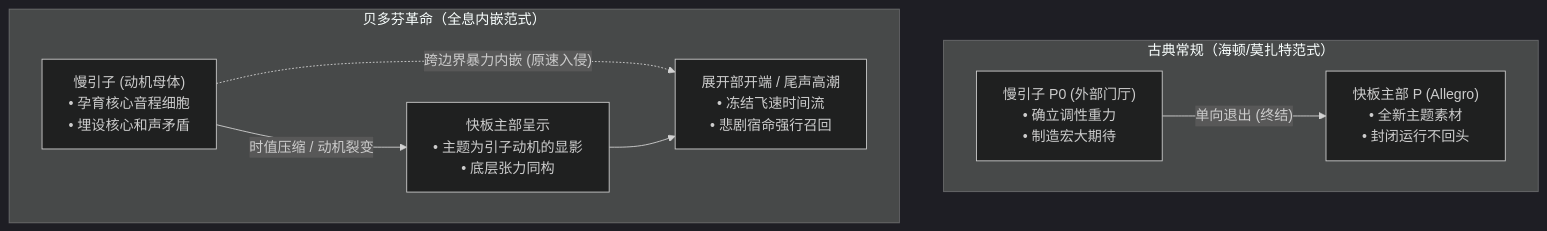
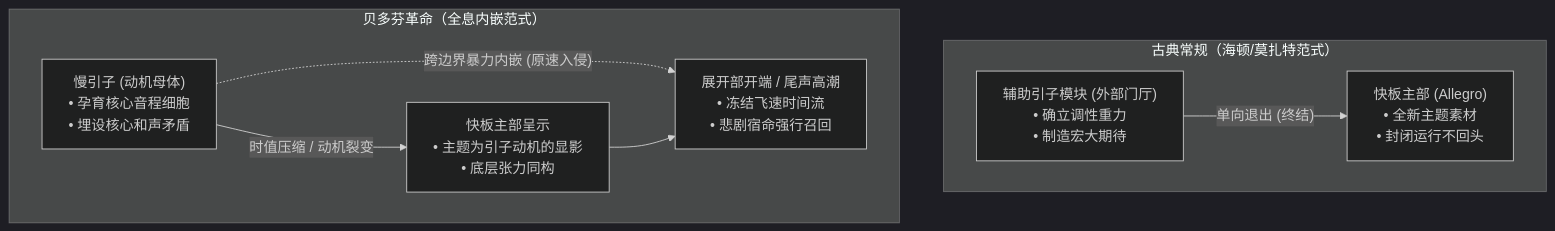
One commit to OpenCadenza/music-wiki changed the diagram in content/composers/beethoven/piano-sonatas/slow-introduction-integration.md. Above: the diagram before and after it, drawn with Mermaid (dark theme). The commit also changed other lines of this file and 10 other files, not shown here.

````diff
--- a/content/composers/beethoven/piano-sonatas/slow-introduction-integration.md
+++ b/content/composers/beethoven/piano-sonatas/slow-introduction-integration.md
@@ -17,13 +17,13 @@
 ```mermaid
 flowchart TD
     subgraph Classical ["古典常规（海顿/莫扎特范式）"]
-        P0["慢引子 P0 (外部门厅)<br>• 确立调性重力<br>• 制造宏大期待"] -->|"单向退出 (终结)"| P["快板主部 P (Allegro)<br>• 全新主题素材<br>• 封闭运行不回头"]
+        P0["辅助引子模块 (外部门厅)<br>• 确立调性重力<br>• 制造宏大期待"] -->|"单向退出 (终结)"| P["快板主部 (Allegro)<br>• 全新主题素材<br>• 封闭运行不回头"]
     end
 
     subgraph Beethoven ["贝多芬革命（全息内嵌范式）"]
         Intro["慢引子 (动机母体)<br>• 孕育核心音程细胞<br>• 埋设核心和声矛盾"]
         Intro -->|"时值压缩 / 动机裂变"| Allegro["快板主部呈示<br>• 主题为引子动机的显影<br>• 底层张力同构"]
         Intro -.->|"跨边界暴力内嵌 (原速入侵)"| Dev["展开部开端 / 尾声高潮<br>• 冻结飞速时间流<br>• 悲剧宿命强行召回"]
         Allegro --> Dev
     end
 ```
````
